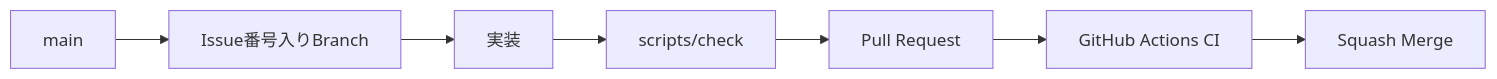
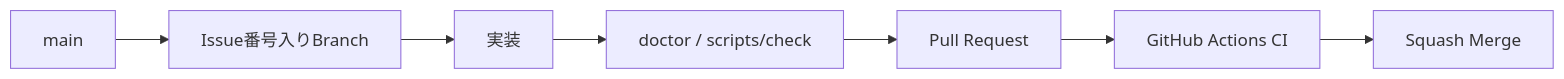
The fourth of 4 diagrams in GETTING-STARTED.md (k-systems202208/python-sqlite-tailscale-webapp-template), drawn with Mermaid before and after one commit. The commit also changed other lines of this file and 10 other files, not shown here.

````diff
--- a/GETTING-STARTED.md
+++ b/GETTING-STARTED.md
@@ -269,9 +284,9 @@
 ```mermaid
 flowchart LR
     M["main"] --> F["Issue番号入りBranch"]
     F --> I["実装"]
-    I --> C["scripts/check"]
+    I --> C["doctor / scripts/check"]
     C --> R["Pull Request"]
     R --> G["GitHub Actions CI"]
     G --> X["Squash Merge"]
 ```
````
